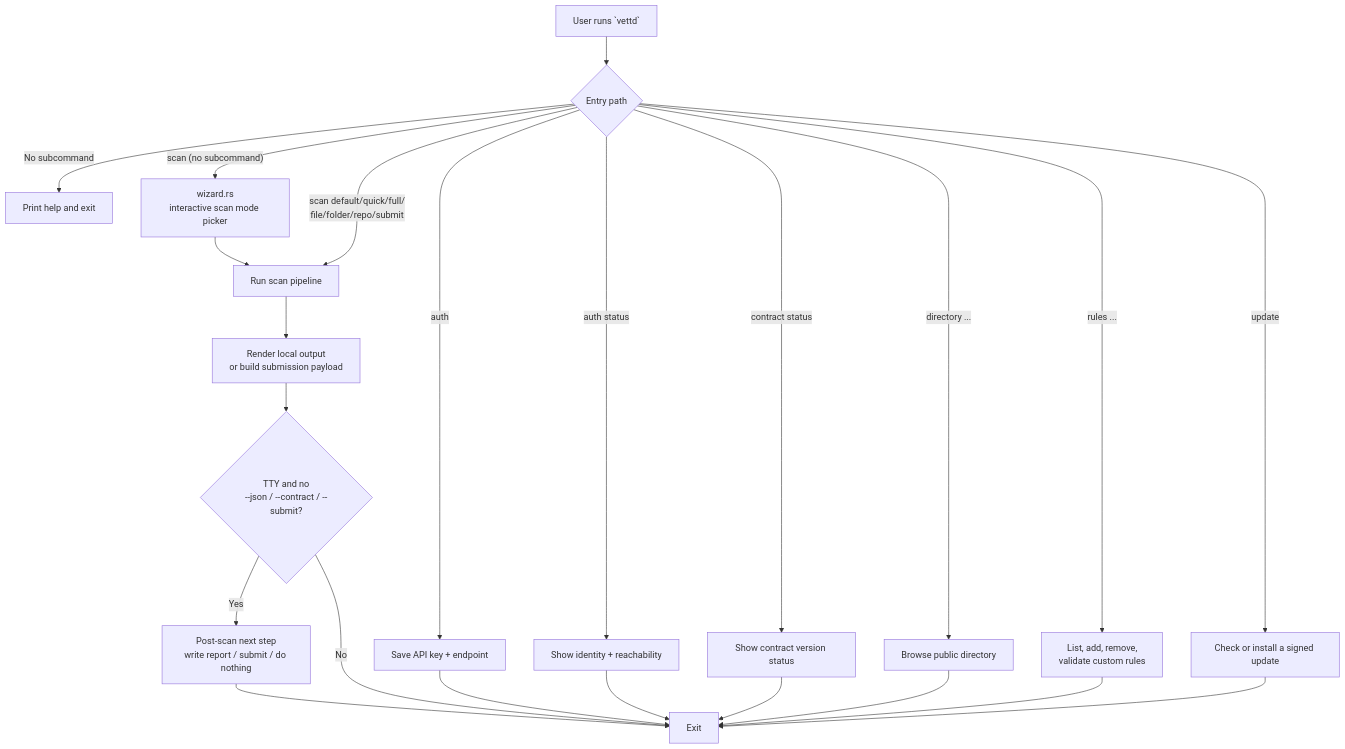
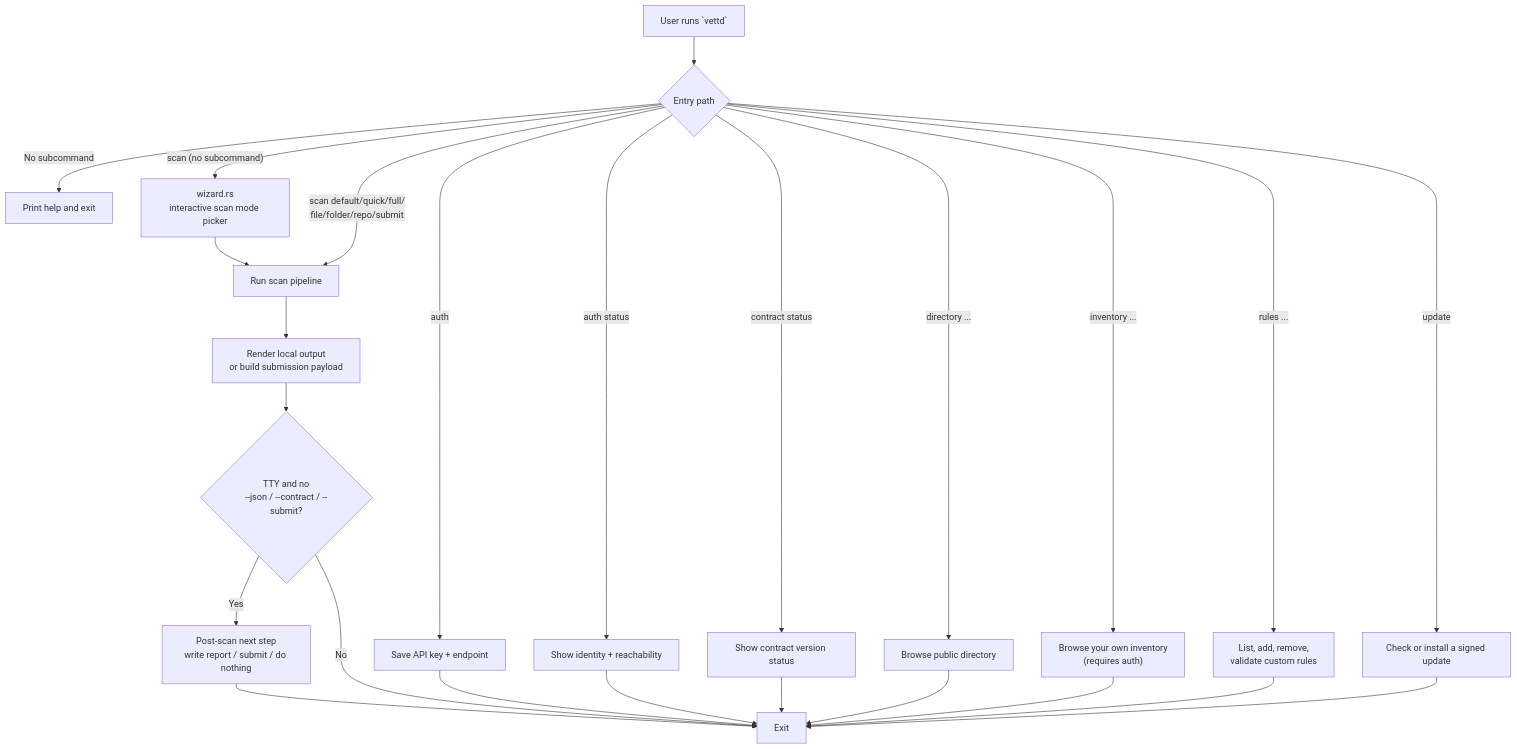
Before and after one commit to AgenticHighway/vettd-cli: the first of 4 diagrams in docs/user-flows.md, drawn with Mermaid. The commit also changed other lines of this file and 3 other files, not shown here.

Commit message:
fix: address review — drop nonexistent D grade, reuse api_sort_params/percent_encode, revert unused pub(crate) widening, truncate compare columns, document inventory in user-flows

````diff
--- a/docs/user-flows.md
+++ b/docs/user-flows.md
@@ -8,26 +8,28 @@
 ```mermaid
 flowchart TD
     Start["User runs `vettd`"] --> Choice{"Entry path"}
     Choice -->|"No subcommand"| Help["Print help and exit"]
     Choice -->|"scan (no subcommand)"| Wizard["wizard.rs\ninteractive scan mode picker"]
     Choice -->|"scan default/quick/full/\nfile/folder/repo/submit"| Scan["Run scan pipeline"]
     Choice -->|"auth"| Auth["Save API key + endpoint"]
     Choice -->|"auth status"| AuthStatus["Show identity + reachability"]
     Choice -->|"contract status"| ContractStatus["Show contract version status"]
     Choice -->|"directory ..."| Directory["Browse public directory"]
+    Choice -->|"inventory ..."| Inventory["Browse your own inventory\n(requires auth)"]
     Choice -->|"rules ..."| Rules["List, add, remove,\nvalidate custom rules"]
     Choice -->|"update"| Update["Check or install a signed update"]
 
     Wizard --> Scan
     Scan --> Output["Render local output\nor build submission payload"]
     Output --> Next{"TTY and no\n--json / --contract / --submit?"}
     Next -->|"Yes"| Prompt["Post-scan next step\nwrite report / submit / do nothing"]
     Next -->|"No"| End["Exit"]
     Auth --> End
     AuthStatus --> End
     ContractStatus --> End
     Directory --> End
+    Inventory --> End
     Rules --> End
     Update --> End
     Prompt --> End
 ```
````
